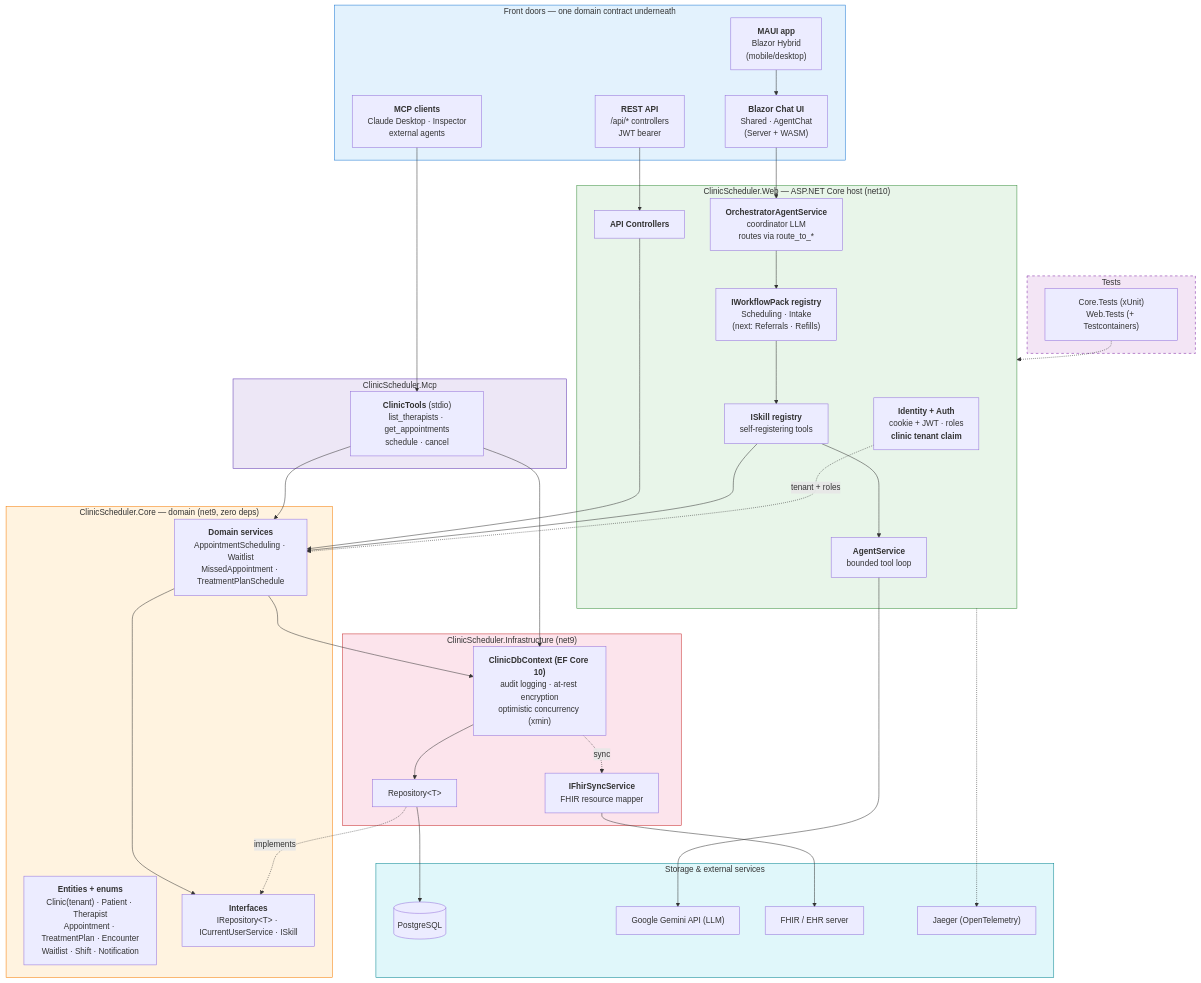
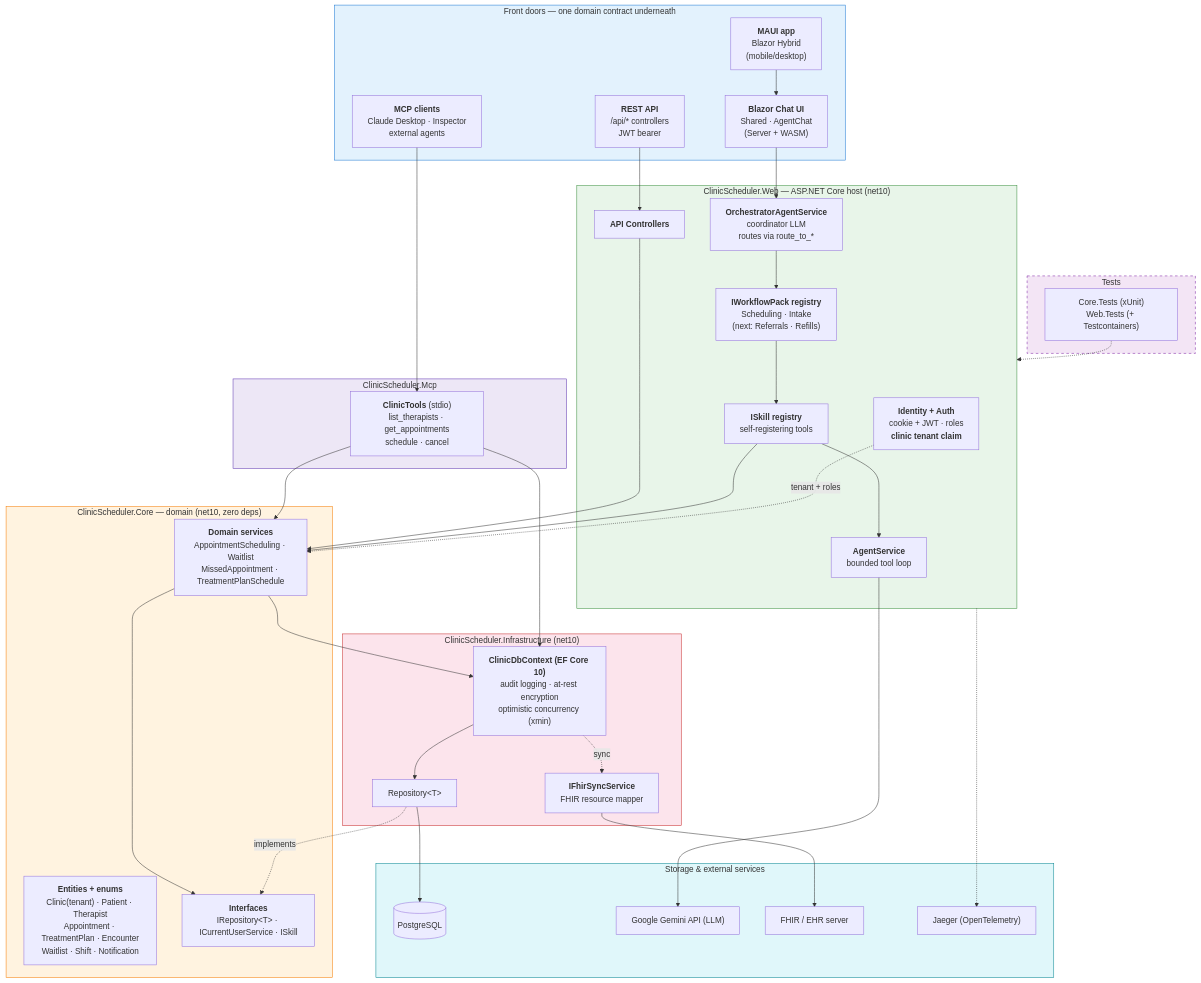
One commit to Bradly187/clinic-scheduler changed the diagram in docs/diagrams/system-architecture.md. Above: the diagram before and after it, drawn with Mermaid. The commit also changed 1 other file, not shown here.

Commit message:
docs: correct Core/Infrastructure target framework to net10
Both target net10.0, not net9.0 (the new architecture docs had it wrong).

````diff
--- a/docs/diagrams/system-architecture.md
+++ b/docs/diagrams/system-architecture.md
@@ -9,70 +9,70 @@
 ```mermaid
 graph TB
     subgraph Channels ["Front doors — one domain contract underneath"]
         Chat["<b>Blazor Chat UI</b><br/>Shared · AgentChat<br/>(Server + WASM)"]
         API["<b>REST API</b><br/>/api/* controllers<br/>JWT bearer"]
         MCPc["<b>MCP clients</b><br/>Claude Desktop · Inspector<br/>external agents"]
         MAUI["<b>MAUI app</b><br/>Blazor Hybrid<br/>(mobile/desktop)"]
     end
 
     subgraph Web ["ClinicScheduler.Web — ASP.NET Core host (net10)"]
         Auth["<b>Identity + Auth</b><br/>cookie + JWT · roles<br/><b>clinic tenant claim</b>"]
         Orch["<b>OrchestratorAgentService</b><br/>coordinator LLM<br/>routes via route_to_*"]
         Packs["<b>IWorkflowPack registry</b><br/>Scheduling · Intake<br/>(next: Referrals · Refills)"]
         Skills["<b>ISkill registry</b><br/>self-registering tools"]
         AgentP["<b>AgentService</b><br/>bounded tool loop"]
         Ctrl["<b>API Controllers</b>"]
     end
 
     subgraph Mcp ["ClinicScheduler.Mcp"]
         Tools["<b>ClinicTools</b> (stdio)<br/>list_therapists · get_appointments<br/>schedule · cancel"]
     end
 
-    subgraph Core ["ClinicScheduler.Core — domain (net9, zero deps)"]
+    subgraph Core ["ClinicScheduler.Core — domain (net10, zero deps)"]
         Ent["<b>Entities + enums</b><br/>Clinic(tenant) · Patient · Therapist<br/>Appointment · TreatmentPlan · Encounter<br/>Waitlist · Shift · Notification"]
         Svc["<b>Domain services</b><br/>AppointmentScheduling · Waitlist<br/>MissedAppointment · TreatmentPlanSchedule"]
         If["<b>Interfaces</b><br/>IRepository&lt;T&gt; · ICurrentUserService · ISkill"]
     end
 
-    subgraph Infra ["ClinicScheduler.Infrastructure (net9)"]
+    subgraph Infra ["ClinicScheduler.Infrastructure (net10)"]
         Db["<b>ClinicDbContext (EF Core 10)</b><br/>audit logging · at-rest encryption<br/>optimistic concurrency (xmin)"]
         Repo["Repository&lt;T&gt;"]
         Fhir["<b>IFhirSyncService</b><br/>FHIR resource mapper"]
     end
 
     subgraph Ext ["Storage & external services"]
         PG[("PostgreSQL")]
         Gemini["Google Gemini API (LLM)"]
         EHR["FHIR / EHR server"]
         Jaeger["Jaeger (OpenTelemetry)"]
     end
 
     subgraph Tests ["Tests"]
         T["Core.Tests (xUnit)<br/>Web.Tests (+ Testcontainers)"]
     end
 
     Chat --> Orch
     MAUI --> Chat
     API --> Ctrl --> Svc
     MCPc --> Tools
     Orch --> Packs --> Skills --> AgentP --> Gemini
     Skills --> Svc
     Tools --> Svc
     Tools --> Db
     Auth -. "tenant + roles" .-> Svc
     Svc --> If
     Repo -. implements .-> If
     Svc --> Db
     Db --> Repo --> PG
     Db -. sync .-> Fhir --> EHR
     Web -.-> Jaeger
     T -.-> Web
 
     style Channels fill:#e3f2fd,stroke:#1976d2,stroke-width:1px
     style Web fill:#e8f5e9,stroke:#388e3c,stroke-width:1px
     style Mcp fill:#ede7f6,stroke:#5e35b1,stroke-width:1px
     style Core fill:#fff3e0,stroke:#f57c00,stroke-width:1px
     style Infra fill:#fce4ec,stroke:#c62828,stroke-width:1px
     style Ext fill:#e0f7fa,stroke:#00838f,stroke-width:1px
     style Tests fill:#f3e5f5,stroke:#7b1fa2,stroke-width:1px,stroke-dasharray: 5 5
 ```
````
